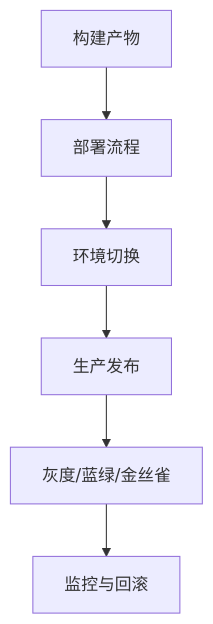
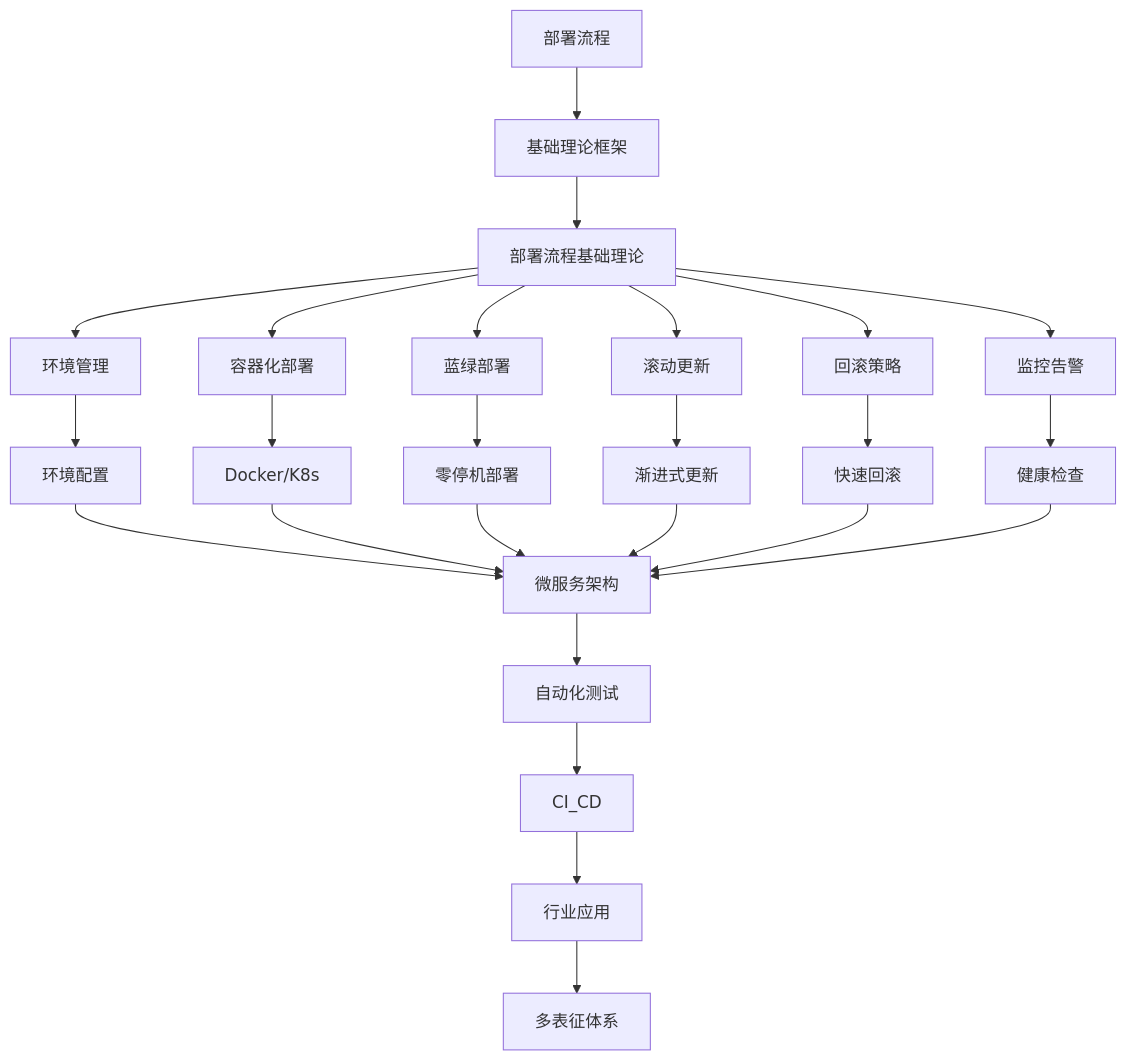
Before and after one commit to AdaMartin18010/Data-Science: the diagram in Analysis/7-持续集成与演进/7.3-部署流程/README.md, drawn with Mermaid. The commit also changed other lines of this file and 27 other files, not shown here.

````diff
--- a/Analysis/7-持续集成与演进/7.3-部署流程/README.md
+++ b/Analysis/7-持续集成与演进/7.3-部署流程/README.md
@@ -24,8 +18,22 @@
 ```mermaid
 flowchart TD
-  B[构建产物] --> D[部署流程]
-  D --> E[环境切换]
-  E --> P[生产发布]
-  P --> G[灰度/蓝绿/金丝雀]
-  G --> M[监控与回滚]
+  A[部署流程] --> B[基础理论框架]
+  B --> C[部署流程基础理论]
+  C --> D[环境管理]
+  C --> E[容器化部署]
+  C --> F[蓝绿部署]
+  C --> G[滚动更新]
+  C --> H[回滚策略]
+  C --> I[监控告警]
+  D --> J[环境配置]
+  E --> K[Docker/K8s]
+  F --> L[零停机部署]
+  G --> M[渐进式更新]
+  H --> N[快速回滚]
+  I --> O[健康检查]
+  J & K & L & M & N & O --> P[微服务架构]
+  P --> Q[自动化测试]
+  Q --> R[CI_CD]
+  R --> S[行业应用]
+  S --> T[多表征体系]
 ```
````
